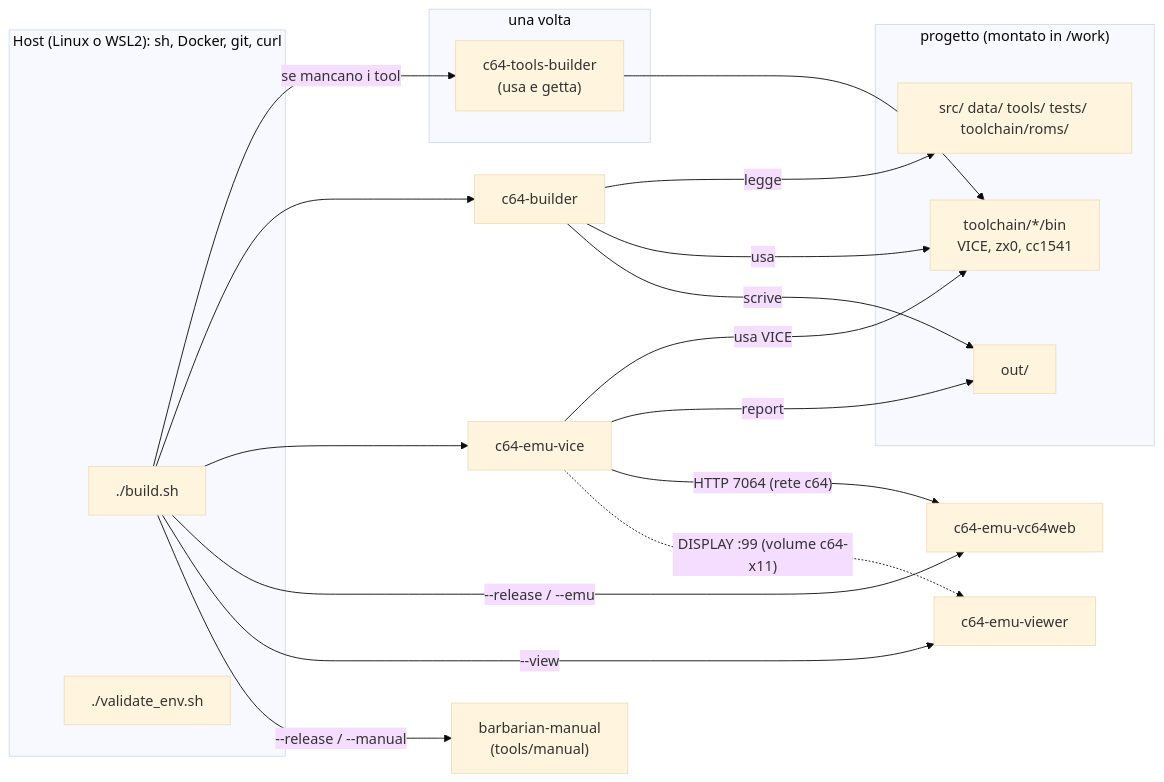
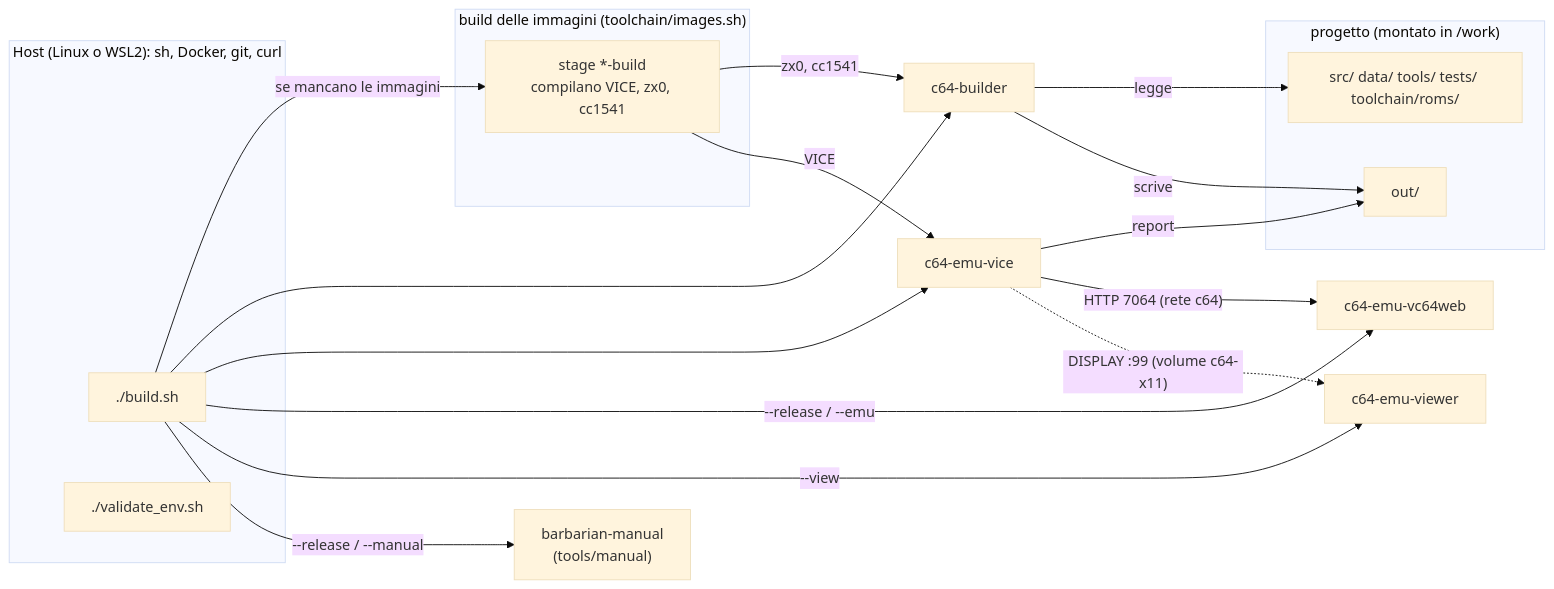
The first of 3 diagrams in docs/getting-started.md (caporalesimone/barbarian-the-blood-path), drawn with Mermaid (base theme) before and after one commit. The commit also changed other lines of this file and 26 other files, not shown here.

First line of the commit message:
Toolchain: VICE, zx0 e cc1541 compilati dentro le immagini (multi-stage)

````diff
--- a/docs/getting-started.md
+++ b/docs/getting-started.md
@@ -58,28 +58,27 @@
 ```mermaid
 flowchart LR
   subgraph host["Host (Linux o WSL2): sh, Docker, git, curl"]
     B["./build.sh"]
     V["./validate_env.sh"]
   end
-  subgraph once["una volta"]
-    TB["c64-tools-builder<br/>(usa e getta)"]
+  subgraph img["build delle immagini (toolchain/images.sh)"]
+    TB["stage *-build<br/>compilano VICE, zx0, cc1541"]
   end
   subgraph proj["progetto (montato in /work)"]
-    TP["toolchain/*/bin<br/>VICE, zx0, cc1541"]
     SRC["src/ data/ tools/ tests/ toolchain/roms/"]
     OUT["out/"]
   end
-  B -->|"se mancano i tool"| TB --> TP
+  B -->|"se mancano le immagini"| TB
+  TB -->|"zx0, cc1541"| BL
+  TB -->|"VICE"| EV
   B --> BL["c64-builder"]
   B --> EV["c64-emu-vice"]
   B -->|"--release / --emu"| EW["c64-emu-vc64web"]
   B -->|"--view"| VW["c64-emu-viewer"]
   B -->|"--release / --manual"| MA["barbarian-manual<br/>(tools/manual)"]
   BL -->|"legge"| SRC
-  BL -->|"usa"| TP
   BL -->|"scrive"| OUT
-  EV -->|"usa VICE"| TP
   EV -->|"report"| OUT
   EV -->|"HTTP 7064 (rete c64)"| EW
   EV -.->|"DISPLAY :99 (volume c64-x11)"| VW
 ```
````
